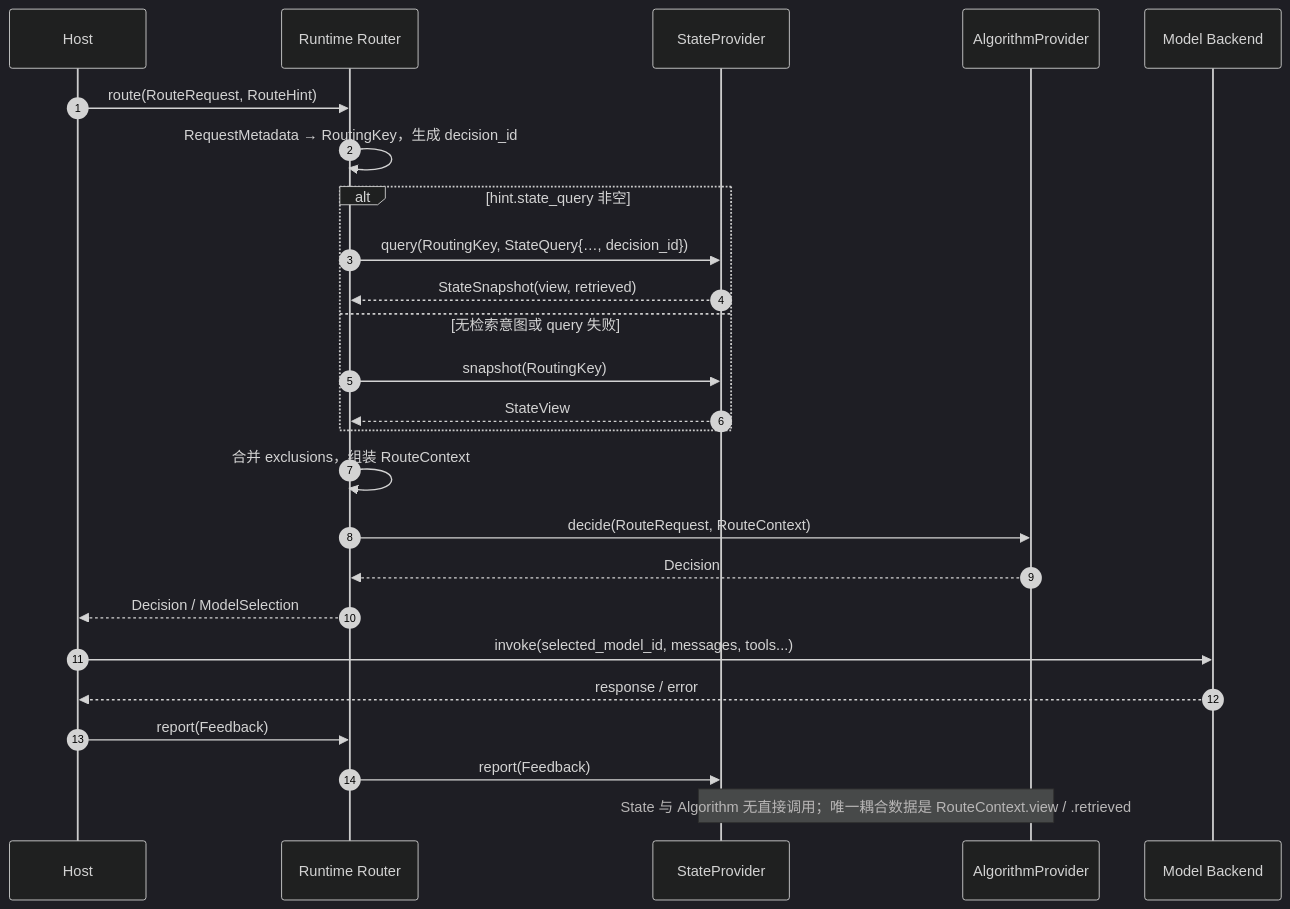
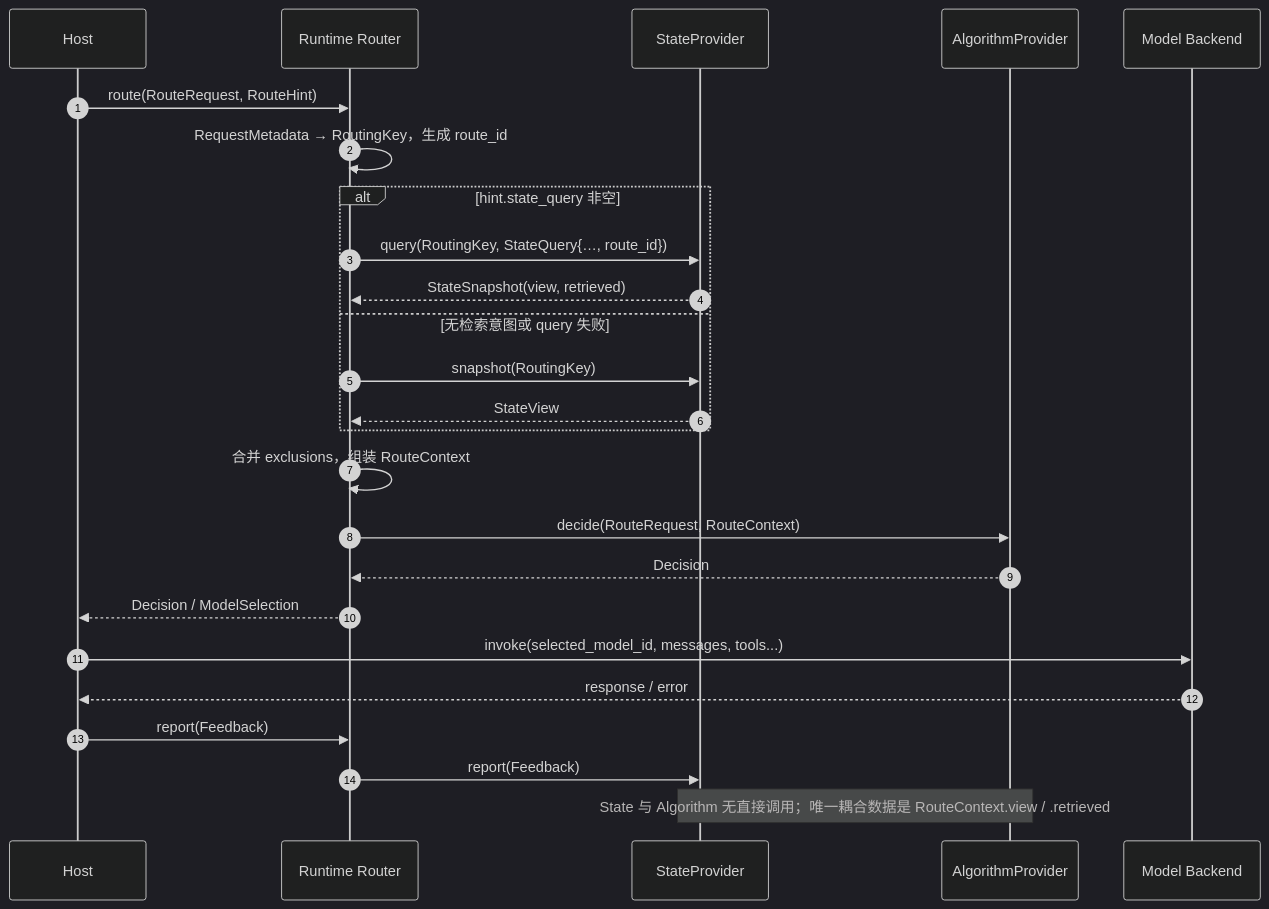
Before and after one commit to openJiuwen-ai/model-router: the second of 3 diagrams in docs/zh/architecture.md, drawn with Mermaid (dark theme). The commit also changed other lines of this file and 23 other files, not shown here.

First line of the commit message:
refactor(protocol): rename decision_id to route_id

````diff
--- a/docs/zh/architecture.md
+++ b/docs/zh/architecture.md
@@ -131,28 +131,28 @@
 ```mermaid
 sequenceDiagram
     autonumber
     participant H as Host
     participant R as Runtime Router
     participant S as StateProvider
     participant A as AlgorithmProvider
     participant M as Model Backend
 
     H->>R: route(RouteRequest, RouteHint)
-    R->>R: RequestMetadata → RoutingKey，生成 decision_id
+    R->>R: RequestMetadata → RoutingKey，生成 route_id
     alt hint.state_query 非空
-        R->>S: query(RoutingKey, StateQuery{…, decision_id})
+        R->>S: query(RoutingKey, StateQuery{…, route_id})
         S-->>R: StateSnapshot(view, retrieved)
     else 无检索意图或 query 失败
         R->>S: snapshot(RoutingKey)
         S-->>R: StateView
     end
     R->>R: 合并 exclusions，组装 RouteContext
     R->>A: decide(RouteRequest, RouteContext)
     A-->>R: Decision
     R-->>H: Decision / ModelSelection
     H->>M: invoke(selected_model_id, messages, tools...)
     M-->>H: response / error
     H->>R: report(Feedback)
     R->>S: report(Feedback)
     Note over S,A: State 与 Algorithm 无直接调用；唯一耦合数据是 RouteContext.view / .retrieved
 ```
````
